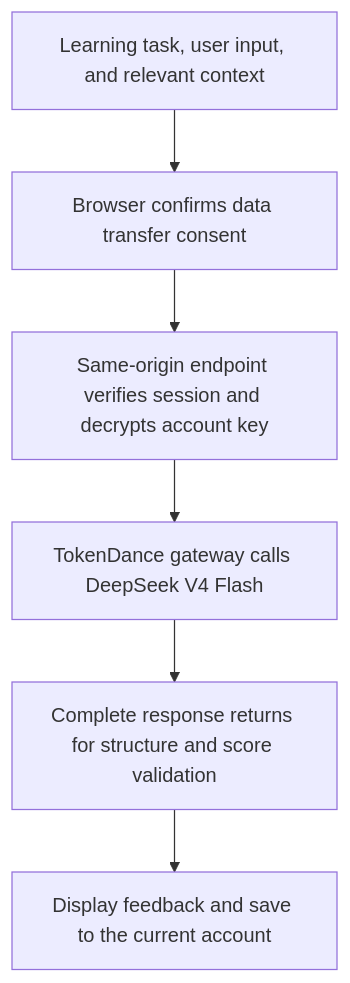
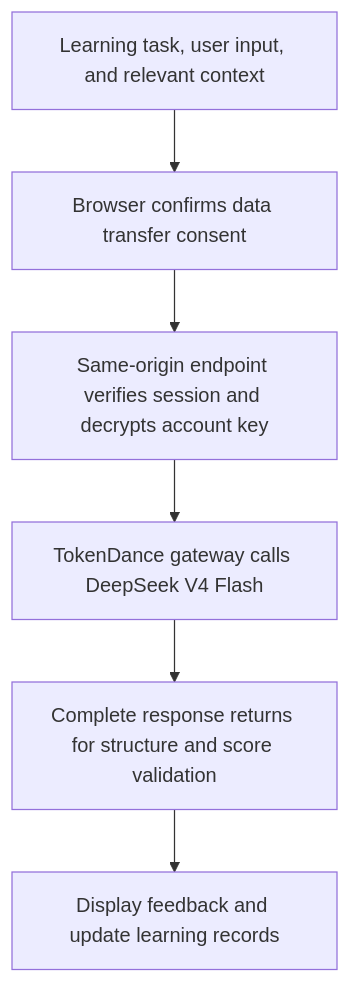
Before and after one commit to HachikoJ/Feynman-Reader: the second of 2 diagrams in README.en.md, drawn with Mermaid. The commit also changed other lines of this file and 1 other file, not shown here.

````diff
--- a/README.en.md
+++ b/README.en.md
@@ -114,8 +114,8 @@
 ```mermaid
 flowchart TD
   A[Learning task, user input, and relevant context] --> B[Browser confirms data transfer consent]
   B --> C[Same-origin endpoint verifies session and decrypts account key]
   C --> D[TokenDance gateway calls DeepSeek V4 Flash]
   D --> E[Complete response returns for structure and score validation]
-  E --> F[Display feedback and save to the current account]
+  E --> F[Display feedback and update learning records]
 ```
````
